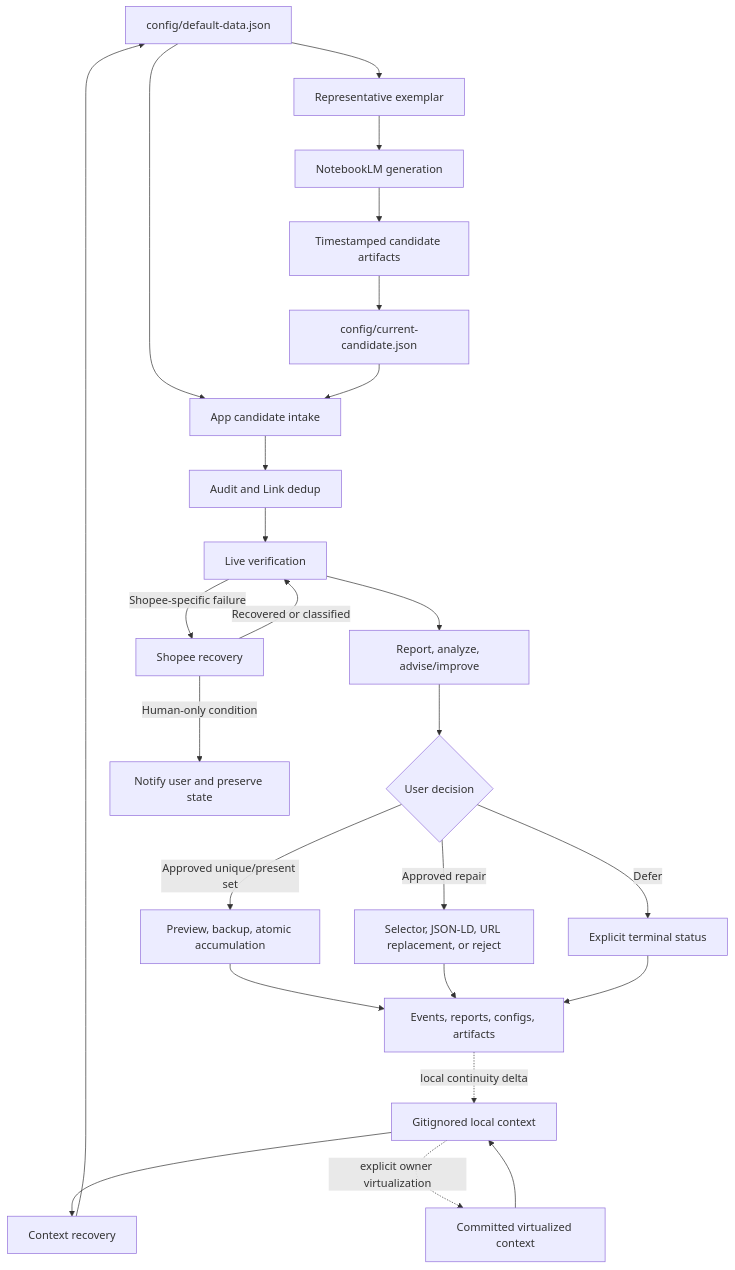
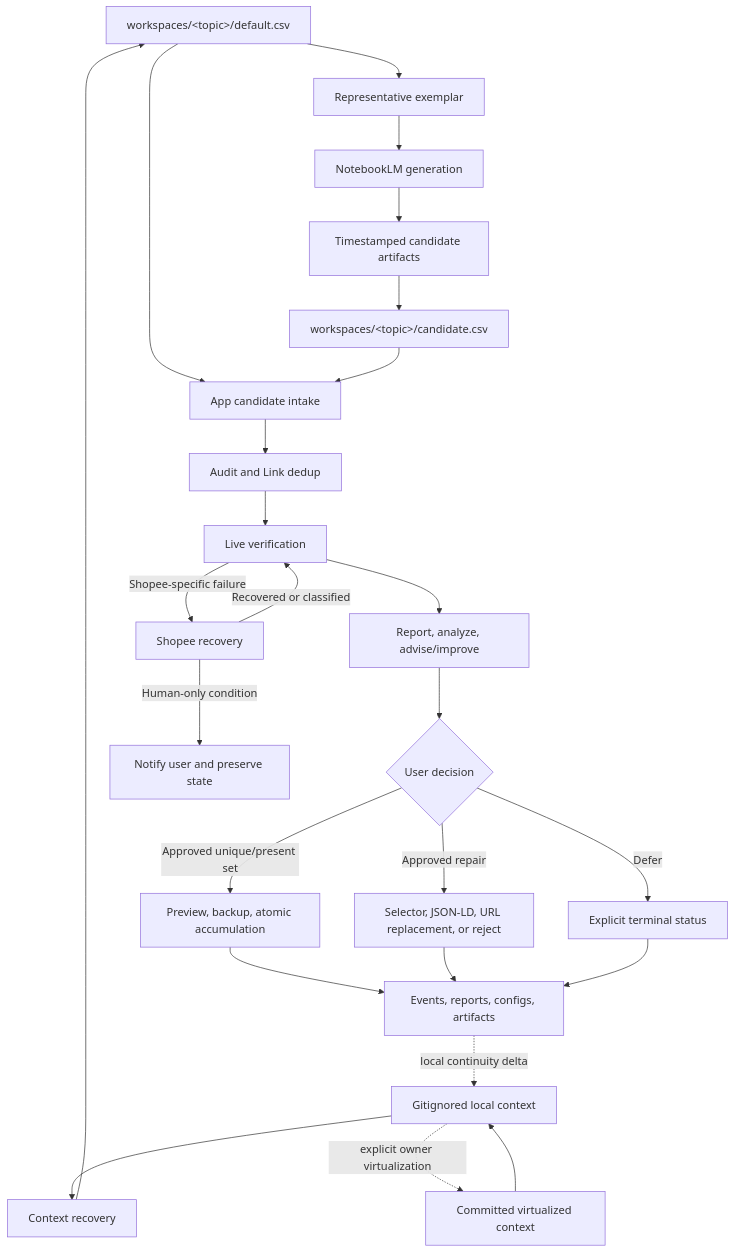
Before and after one commit to thienan092/data-phinter: the diagram in plugins/data-phinter-workflows/references/architecture.md, drawn with Mermaid. The commit also changed other lines of this file and 20 other files, not shown here.

````diff
--- a/plugins/data-phinter-workflows/references/architecture.md
+++ b/plugins/data-phinter-workflows/references/architecture.md
@@ -27,30 +27,30 @@
 ```mermaid
 flowchart TD
-    CFG[config/default-data.json] --> EX[Representative exemplar]
+    WS["workspaces/&lt;topic&gt;/default.csv"] --> EX[Representative exemplar]
     EX --> N[NotebookLM generation]
     N --> CAN[Timestamped candidate artifacts]
-    CAN --> PTR[config/current-candidate.json]
+    CAN --> CAND["workspaces/&lt;topic&gt;/candidate.csv"]
 
-    CFG --> APP[App candidate intake]
-    PTR --> APP
+    WS --> APP[App candidate intake]
+    CAND --> APP
     APP --> AUD[Audit and Link dedup]
     AUD --> VER[Live verification]
     VER --> REP[Report, analyze, advise/improve]
     REP --> DEC{User decision}
     DEC -->|Approved unique/present set| ACC[Preview, backup, atomic accumulation]
     DEC -->|Approved repair| FIX[Selector, JSON-LD, URL replacement, or reject]
     DEC -->|Defer| TERM[Explicit terminal status]
 
     VER -->|Shopee-specific failure| SHOP[Shopee recovery]
     SHOP -->|Recovered or classified| VER
     SHOP -->|Human-only condition| HUMAN[Notify user and preserve state]
 
     ACC --> EV[Events, reports, configs, artifacts]
     FIX --> EV
     TERM --> EV
     PUB[Committed virtualized context] --> LOCAL[Gitignored local context]
     LOCAL --> REC[Context recovery]
-    REC --> CFG
+    REC --> WS
     EV -. local continuity delta .-> LOCAL
     LOCAL -. explicit owner virtualization .-> PUB
 ```
````
